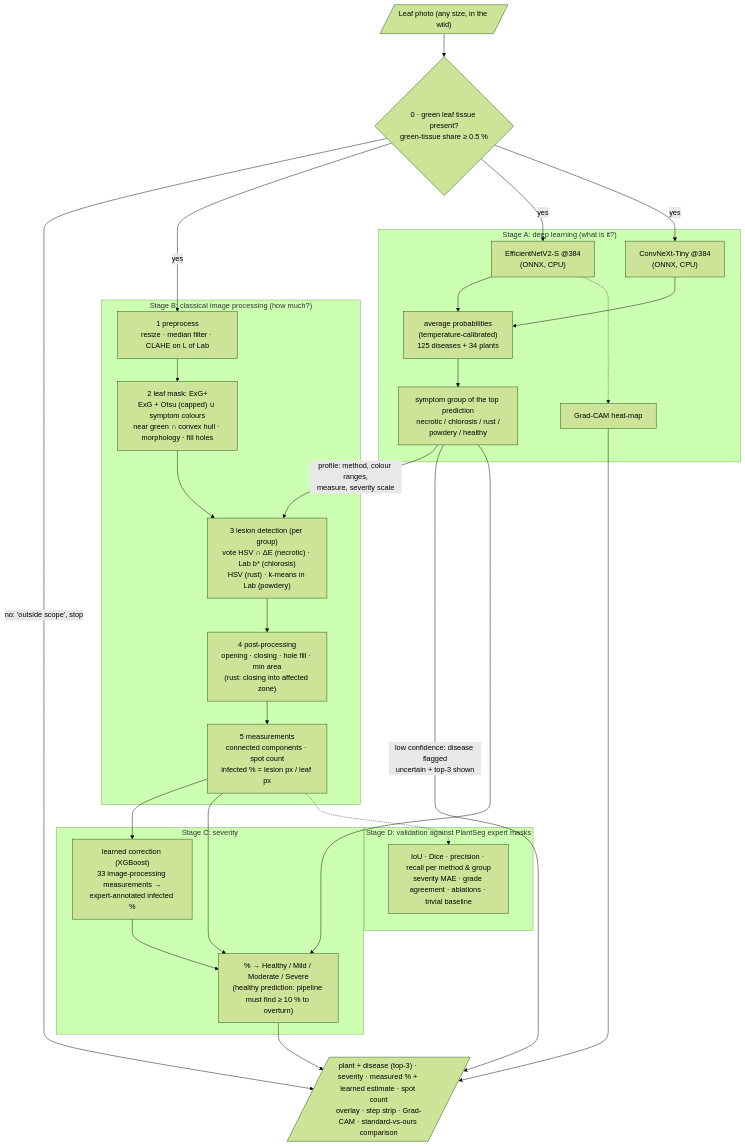
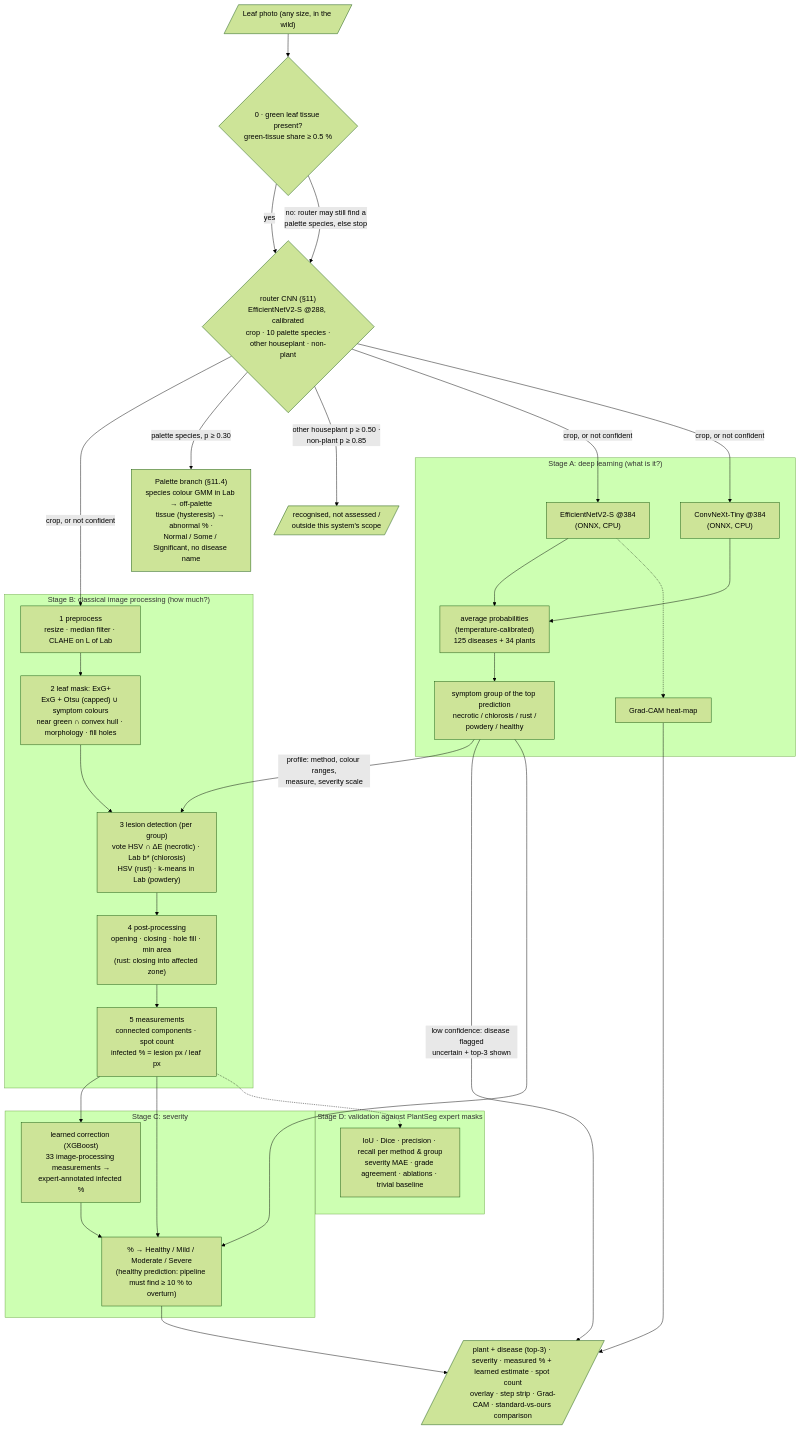
The diagram in README.md (sidharthaxy/Leaf-disease-spot-detection), drawn with Mermaid (forest theme) before and after one commit. The commit also changed other lines of this file and 49 other files, not shown here.

First line of the commit message:
Add plant router and per-species palette branch

````diff
--- a/README.md
+++ b/README.md
@@ -150,48 +179,51 @@
 ```mermaid
 flowchart TD
     IMG[/"Leaf photo (any size, in the wild)"/] --> GATE{"0 · green leaf tissue present?<br/>green-tissue share ≥ 0.5 %"}
-    GATE -- "no: 'outside scope', stop" --> OUT
-    GATE -- yes --> PRE
+    GATE -- "yes" --> ROUTER{"router CNN (§11)<br/>EfficientNetV2-S @288, calibrated<br/>crop · 10 palette species ·<br/>other houseplant · non-plant"}
+    GATE -- "no: router may still find a<br/>palette species, else stop" --> ROUTER
+    ROUTER -- "crop, or not confident" --> PRE
+    ROUTER -- "palette species, p ≥ 0.30" --> PAL["Palette branch (§11.4)<br/>species colour GMM in Lab → off-palette<br/>tissue (hysteresis) → abnormal % ·<br/>Normal / Some / Significant, no disease name"]
+    ROUTER -- "other houseplant p ≥ 0.50 ·<br/>non-plant p ≥ 0.85" --> STOP[/"recognised, not assessed /<br/>outside this system's scope"/]
 
     subgraph A["Stage A: deep learning (what is it?)"]
         CNN1["EfficientNetV2-S @384<br/>(ONNX, CPU)"]
         CNN2["ConvNeXt-Tiny @384<br/>(ONNX, CPU)"]
         ENS["average probabilities<br/>(temperature-calibrated)<br/>125 diseases + 34 plants"]
         GRP["symptom group of the top prediction<br/>necrotic / chlorosis / rust /<br/>powdery / healthy"]
         CAM["Grad-CAM heat-map"]
         CNN1 --> ENS
         CNN2 --> ENS
         ENS --> GRP
         CNN1 -.-> CAM
     end
 
     subgraph B["Stage B: classical image processing (how much?)"]
         PRE["1 preprocess<br/>resize · median filter · CLAHE on L of Lab"]
         LEAF["2 leaf mask: ExG+<br/>ExG + Otsu (capped) ∪ symptom colours<br/>near green ∩ convex hull · morphology · fill holes"]
         LES["3 lesion detection (per group)<br/>vote HSV ∩ ΔE (necrotic) · Lab b* (chlorosis)<br/>HSV (rust) · k-means in Lab (powdery)"]
         POST["4 post-processing<br/>opening · closing · hole fill · min area<br/>(rust: closing into affected zone)"]
         MEAS["5 measurements<br/>connected components · spot count<br/>infected % = lesion px / leaf px"]
         PRE --> LEAF --> LES --> POST --> MEAS
     end
 
-    GATE -- yes --> CNN1
-    GATE -- yes --> CNN2
+    ROUTER -- "crop, or not confident" --> CNN1
+    ROUTER -- "crop, or not confident" --> CNN2
     GRP -- "profile: method, colour ranges,<br/>measure, severity scale" --> LES
     GRP -- "low confidence: disease flagged<br/>uncertain + top-3 shown" --> OUT
 
     subgraph C["Stage C: severity"]
         LC["learned correction (XGBoost)<br/>33 image-processing measurements →<br/>expert-annotated infected %"]
         SEV["% → Healthy / Mild / Moderate / Severe<br/>(healthy prediction: pipeline must find ≥ 10 % to overturn)"]
     end
     MEAS --> LC --> SEV
     MEAS --> SEV
     GRP --> SEV
 
     SEV --> OUT[/"plant + disease (top-3) · severity · measured % + learned estimate · spot count<br/>overlay · step strip · Grad-CAM · standard-vs-ours comparison"/]
     CAM --> OUT
 
     subgraph D["Stage D: validation against PlantSeg expert masks"]
         EV["IoU · Dice · precision · recall per method & group<br/>severity MAE · grade agreement · ablations · trivial baseline"]
     end
     MEAS -.-> EV
 ```
````
